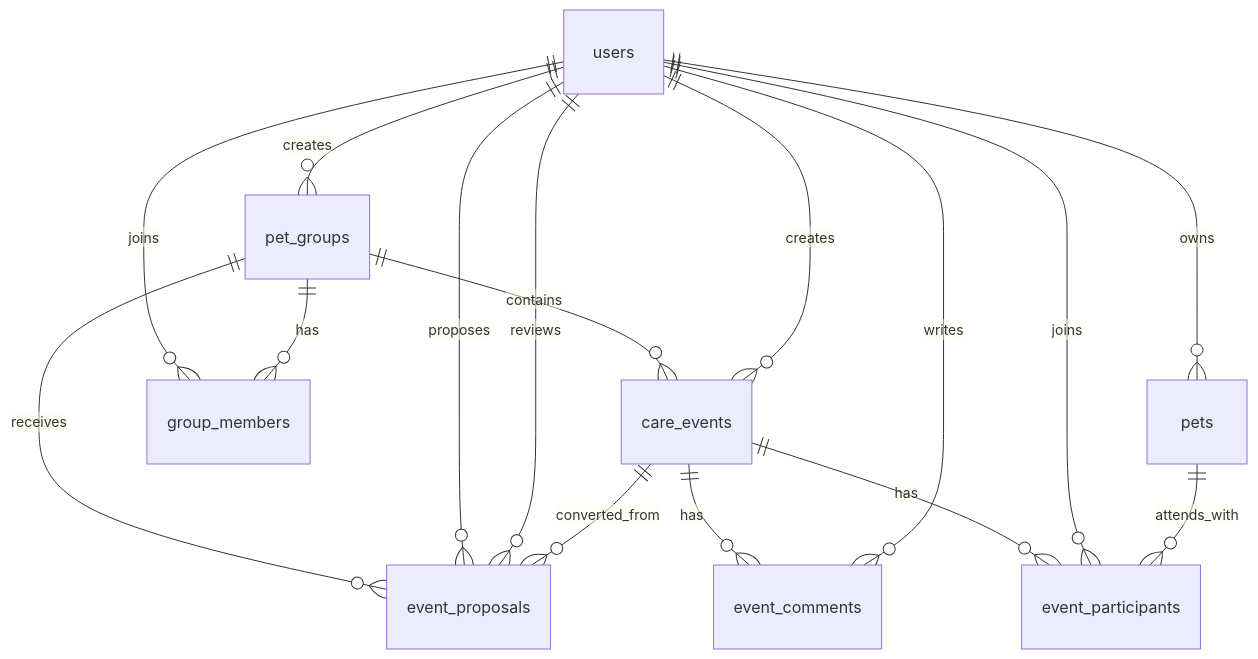
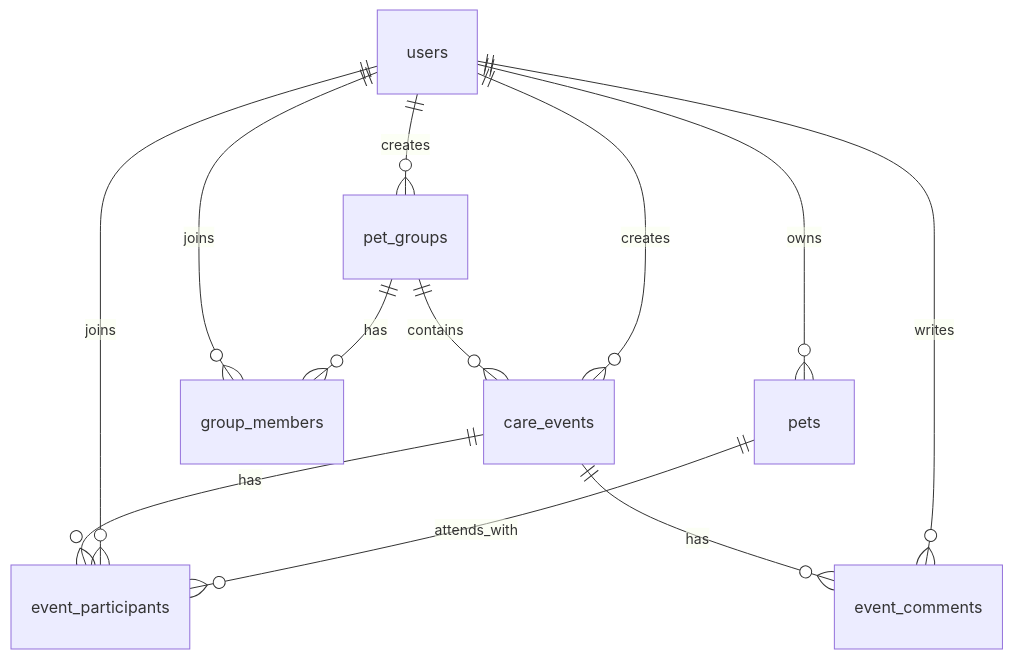
One commit to knoteva/pet-care-planner changed the diagram in docs/database-schema.md. Above: the diagram before and after it, drawn with Mermaid. The commit also changed other lines of this file and 4 other files, not shown here.

Commit message:
Simplify event creation schema

````diff
--- a/docs/database-schema.md
+++ b/docs/database-schema.md
@@ -7,22 +7,17 @@
 ```mermaid
 erDiagram
   users ||--o{ pets : owns
   users ||--o{ pet_groups : creates
   users ||--o{ group_members : joins
   pet_groups ||--o{ group_members : has
 
   pet_groups ||--o{ care_events : contains
   users ||--o{ care_events : creates
 
   care_events ||--o{ event_participants : has
   users ||--o{ event_participants : joins
   pets ||--o{ event_participants : attends_with
 
   care_events ||--o{ event_comments : has
   users ||--o{ event_comments : writes
-
-  pet_groups ||--o{ event_proposals : receives
-  users ||--o{ event_proposals : proposes
-  users ||--o{ event_proposals : reviews
-  care_events ||--o{ event_proposals : converted_from
 ```
````
